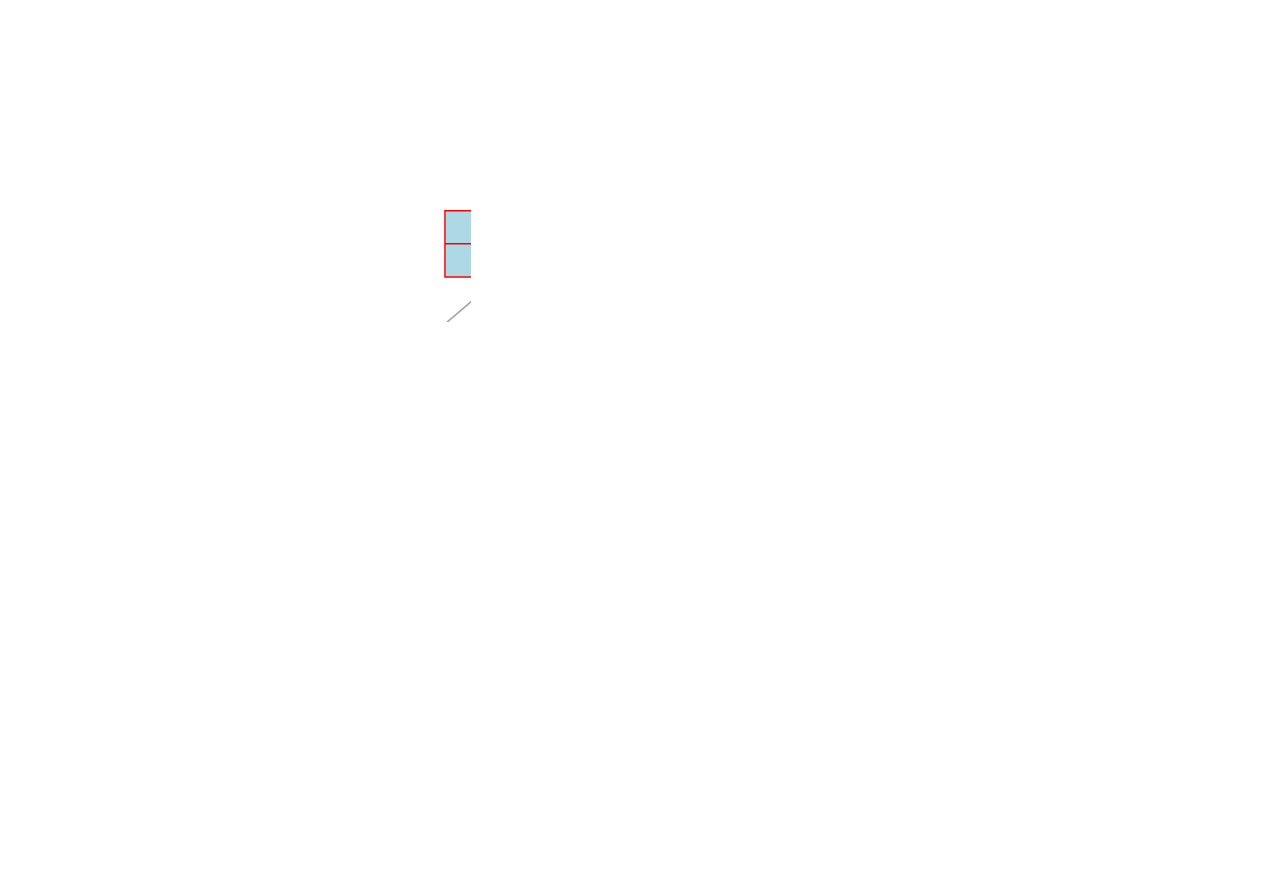
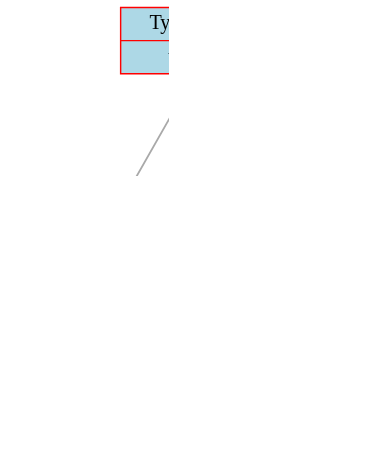
One commit to dodokek/Derivative-Calculator changed the diagram in data/graph.dot. Above: the diagram before and after it, drawn with Graphviz. The commit also changed 18 other files, not shown here.

Commit message:
function calculates its value and draw graphics

```diff
--- a/data/graph.dot
+++ b/data/graph.dot
@@ -1,55 +1,22 @@
 
     digraph g {
         dpi      = 200;
         fontname = "Comic Sans MS";
         fontsize = 20;
         rankdir   =  TB;
         edge [color = darkgrey, arrowhead = onormal, arrowsize = 1, penwidth = 1.2]
         graph[fillcolor = lightgreen, ranksep = 1.3, nodesep = 0.5,
         style = "rounded, filled",color = green, penwidth = 2]
 
-    Node0000029e449e1500[shape=record, width=0.2, style="filled", color="red", fillcolor="lightblue",label=" {Type: operation | value: \cdot}"] 
+    Node0000023923471740[shape=record, width=0.2, style="filled", color="red", fillcolor="lightblue",label=" {Type: operation | value: \cdot}"] 
  
-Node0000029e449e1530[shape=record, width=0.2, style="filled", color="red", fillcolor="lightblue",label=" {Type: operation | value: /}"] 
+Node0000023923471710[shape=record, width=0.2, style="filled", color="red", fillcolor="lightblue",label=" {Type: operation | value: cos}"] 
  
-Node0000029e449e1560[shape=record, width=0.2, style="filled", color="red", fillcolor="lightblue",label=" {Type: operation | value: +}"] 
+Node00000239234716e0[shape=record, width=0.2, style="filled", color="red", fillcolor="lightblue",label=" {Type: variable | value: X}"] 
  
-Node0000029e449e1590[shape=record, width=0.2, style="filled", color="red", fillcolor="lightblue",label=" {Type: number | value: 2}"] 
+Node00000239234716b0[shape=record, width=0.2, style="filled", color="red", fillcolor="lightblue",label=" {Type: number | value: 1}"] 
  
-Node0000029e449e16a0[shape=record, width=0.2, style="filled", color="red", fillcolor="lightblue",label=" {Type: variable | value: X}"] 
- 
-Node0000029e449e17b0[shape=record, width=0.2, style="filled", color="red", fillcolor="lightblue",label=" {Type: operation | value: ln}"] 
- 
-Node0000029e449e17e0[shape=record, width=0.2, style="filled", color="red", fillcolor="lightblue",label=" {Type: number | value: 0}"] 
- 
-Node0000029e449e18f0[shape=record, width=0.2, style="filled", color="red", fillcolor="lightblue",label=" {Type: operation | value: \cdot}"] 
- 
-Node0000029e449e1920[shape=record, width=0.2, style="filled", color="red", fillcolor="lightblue",label=" {Type: number | value: 10}"] 
- 
-Node0000029e449e1a30[shape=record, width=0.2, style="filled", color="red", fillcolor="lightblue",label=" {Type: variable | value: X}"] 
- 
-Node0000029e449e1b40[shape=record, width=0.2, style="filled", color="red", fillcolor="lightblue",label=" {Type: operation | value: sin}"] 
- 
-Node0000029e449e1b70[shape=record, width=0.2, style="filled", color="red", fillcolor="lightblue",label=" {Type: number | value: 0}"] 
- 
-Node0000029e449e1c80[shape=record, width=0.2, style="filled", color="red", fillcolor="lightblue",label=" {Type: operation | value: tg}"] 
- 
-Node0000029e449e7540[shape=record, width=0.2, style="filled", color="red", fillcolor="lightblue",label=" {Type: number | value: 0}"] 
- 
-Node0000029e449e75d0[shape=record, width=0.2, style="filled", color="red", fillcolor="lightblue",label=" {Type: variable | value: X}"] 
- 
-Node0000029e449e1500->Node0000029e449e1530
-Node0000029e449e1530->Node0000029e449e1560
-Node0000029e449e1560->Node0000029e449e1590
-Node0000029e449e1560->Node0000029e449e16a0
-Node0000029e449e1530->Node0000029e449e17b0
-Node0000029e449e17b0->Node0000029e449e17e0
-Node0000029e449e17b0->Node0000029e449e18f0
-Node0000029e449e18f0->Node0000029e449e1920
-Node0000029e449e18f0->Node0000029e449e1a30
-Node0000029e449e1500->Node0000029e449e1b40
-Node0000029e449e1b40->Node0000029e449e1b70
-Node0000029e449e1b40->Node0000029e449e1c80
-Node0000029e449e1c80->Node0000029e449e7540
-Node0000029e449e1c80->Node0000029e449e75d0
+Node0000023923471740->Node0000023923471710
+Node0000023923471710->Node00000239234716e0
+Node0000023923471740->Node00000239234716b0
 }
```
